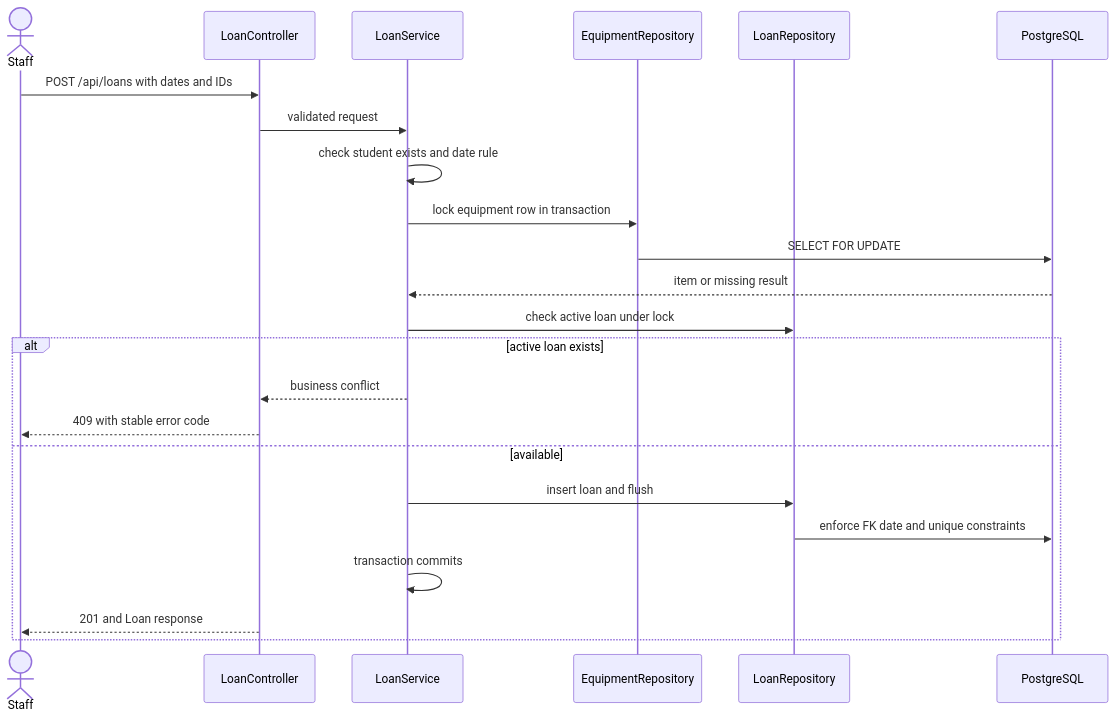
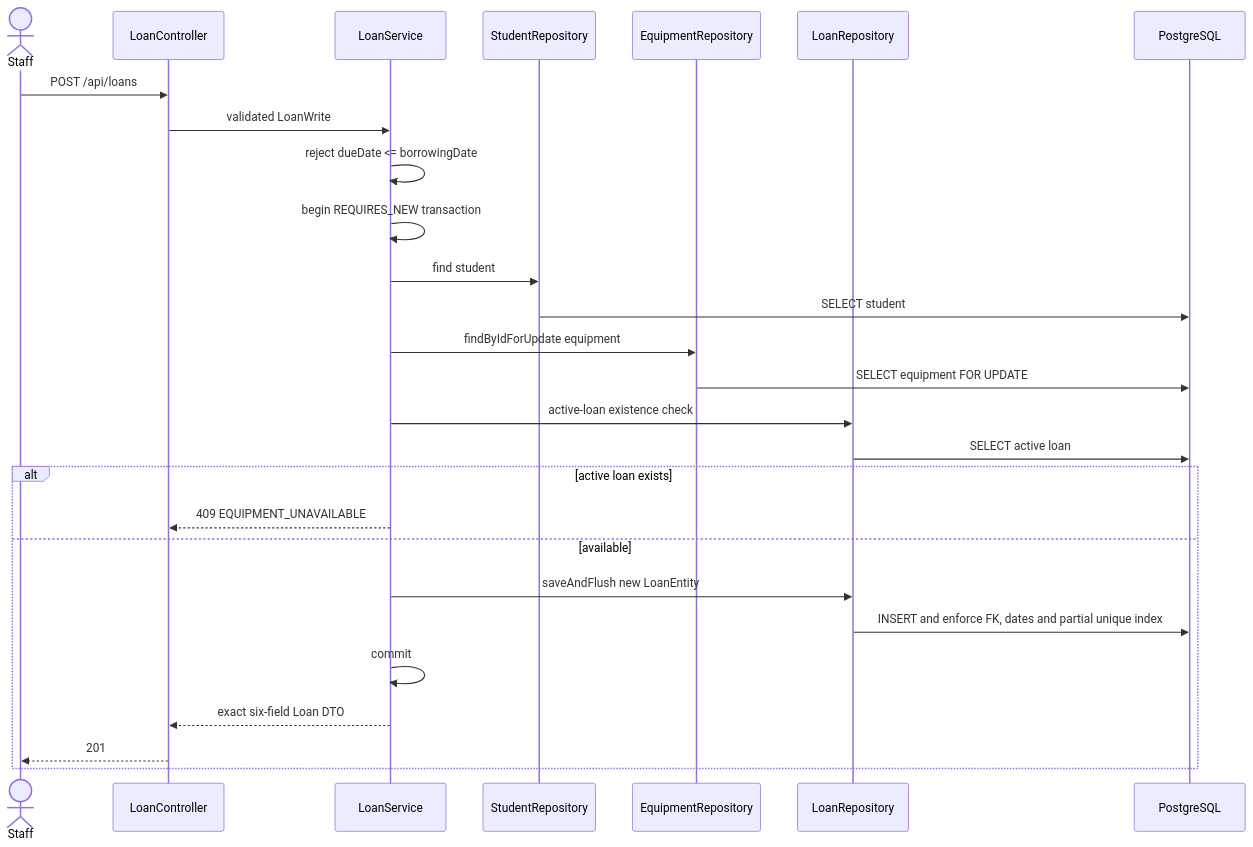
The fourth of 6 diagrams in docs/design/architecture.md (komayl-dbouk/Equipment-Lending-System), drawn with Mermaid before and after one commit. The commit also changed other lines of this file and 7 other files, not shown here.

Commit message:
ELS-37 docs: align API contract diagrams and traceability

````diff
--- a/docs/design/architecture.md
+++ b/docs/design/architecture.md
@@ -93,25 +152,30 @@
 ```mermaid
 sequenceDiagram
   actor Staff
-  participant API as LoanController
+  participant C as LoanController
   participant S as LoanService
-  participant E as EquipmentRepository
-  participant L as LoanRepository
+  participant SR as StudentRepository
+  participant ER as EquipmentRepository
+  participant LR as LoanRepository
   participant DB as PostgreSQL
-  Staff->>API: POST /api/loans with dates and IDs
-  API->>S: validated request
-  S->>S: check student exists and date rule
-  S->>E: lock equipment row in transaction
-  E->>DB: SELECT FOR UPDATE
-  DB-->>S: item or missing result
-  S->>L: check active loan under lock
+
+  Staff->>C: POST /api/loans
+  C->>S: validated LoanWrite
+  S->>S: reject dueDate <= borrowingDate
+  S->>S: begin REQUIRES_NEW transaction
+  S->>SR: find student
+  SR->>DB: SELECT student
+  S->>ER: findByIdForUpdate equipment
+  ER->>DB: SELECT equipment FOR UPDATE
+  S->>LR: active-loan existence check
+  LR->>DB: SELECT active loan
   alt active loan exists
-    S-->>API: business conflict
-    API-->>Staff: 409 with stable error code
+    S-->>C: 409 EQUIPMENT_UNAVAILABLE
   else available
-    S->>L: insert loan and flush
-    L->>DB: enforce FK date and unique constraints
-    S->>S: transaction commits
-    API-->>Staff: 201 and Loan response
+    S->>LR: saveAndFlush new LoanEntity
+    LR->>DB: INSERT and enforce FK, dates and partial unique index
+    S->>S: commit
+    S-->>C: exact six-field Loan DTO
+    C-->>Staff: 201
   end
 ```
````
